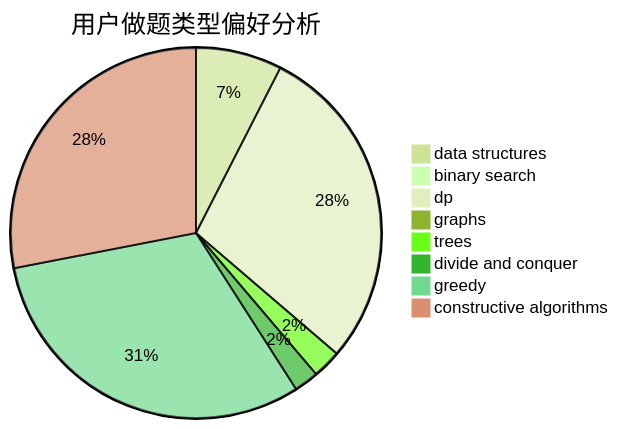
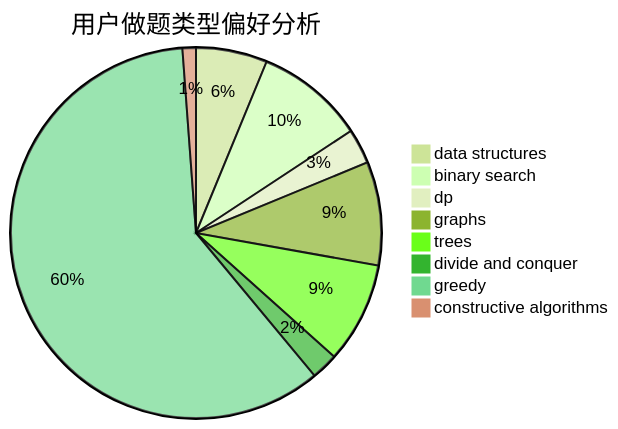
The second of 3 diagrams in docs/user/u2546.md (sherpahu/cfrs.github.io), drawn with Mermaid (forest theme) before and after one commit. The commit also changed other lines of this file and 2770 other files, not shown here.

````diff
--- a/docs/user/u2546.md
+++ b/docs/user/u2546.md
@@ -23,11 +23,11 @@
 ```mermaid
 pie title 用户做题类型偏好分析
-    "data structures" :  63
-    "binary search" :  4
-    "dp" :  241
-    "graphs" :  4
-    "trees" :  21
-    "divide and conquer" :  18
-    "greedy" :  260
-    "constructive algorithms" :  235
+    "data structures" :  53
+    "binary search" :  81
+    "dp" :  26
+    "graphs" :  77
+    "trees" :  75
+    "divide and conquer" :  20
+    "greedy" :  510
+    "constructive algorithms" :  10
 ```
````
